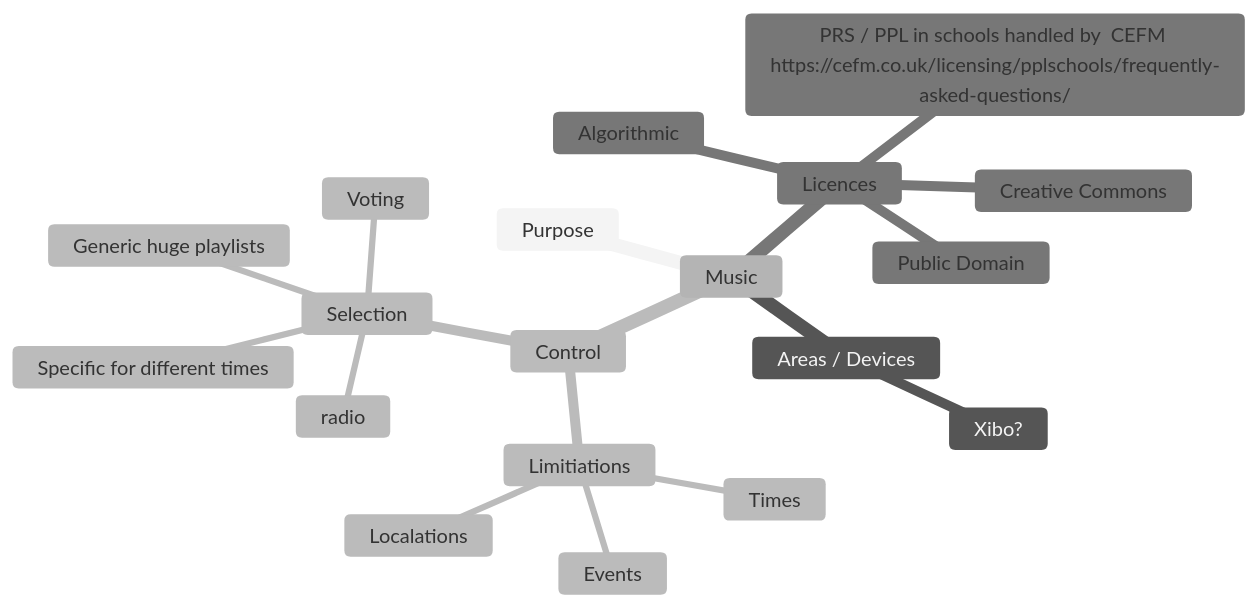
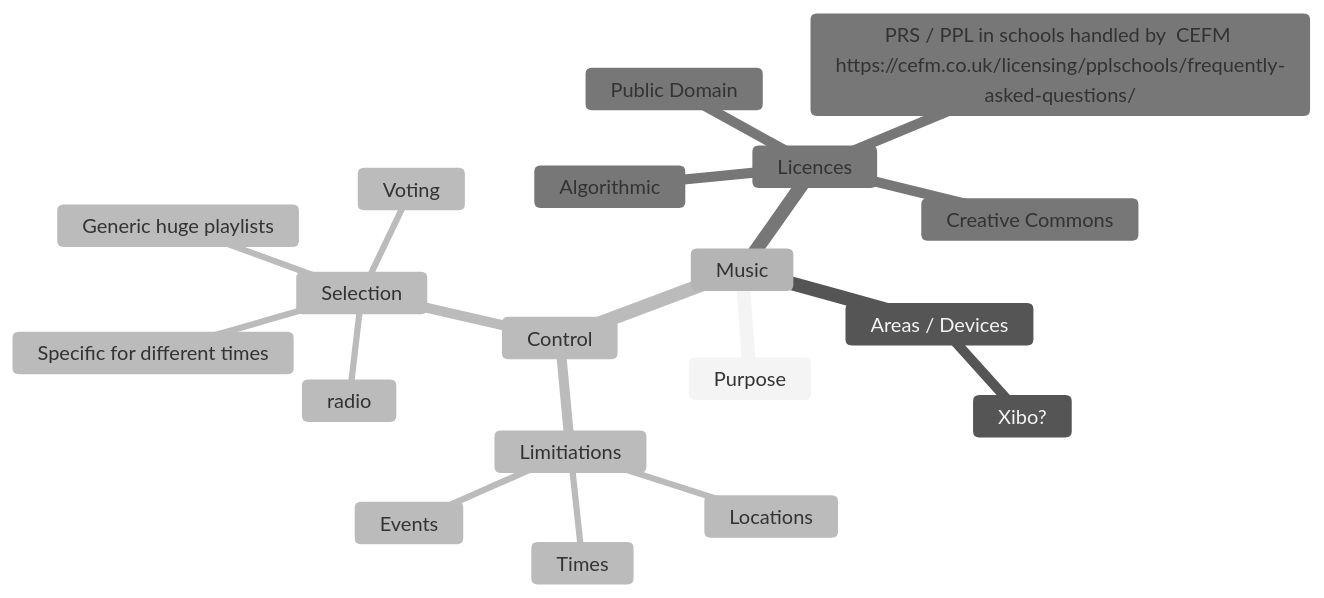
One commit to mr-eggleton/obsidian-notes changed the diagram in Joy/Music.md. Above: the diagram before and after it, drawn with Mermaid (neutral theme). The commit also changed other lines of this file, not shown here.

````diff
--- a/Joy/Music.md
+++ b/Joy/Music.md
@@ -2,23 +2,23 @@
 ```mermaid
 mindmap
 	Music
 		Purpose
 		Areas / Devices
 			Xibo?
 		Control
 			Limitiations
 				Times
-				Localations
+				Locations
 				Events
 			Selection
 				Voting
 				Generic huge playlists
 				Specific for different times
 				radio
 		Licences
 			PRS / PPL in schools handled by  CEFM https://cefm.co.uk/licensing/pplschools/frequently-asked-questions/
 			Public Domain
 			Creative Commons
 			Algorithmic
 
 ```
````
